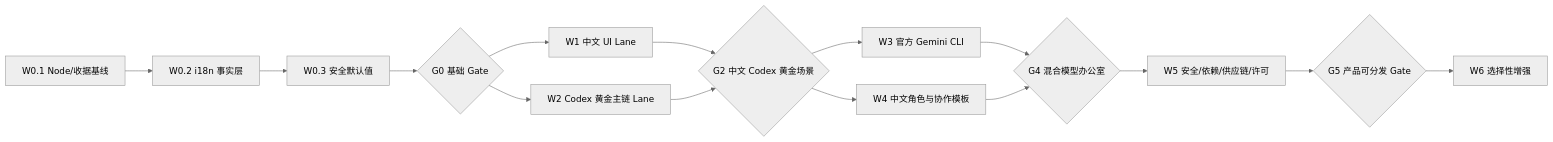
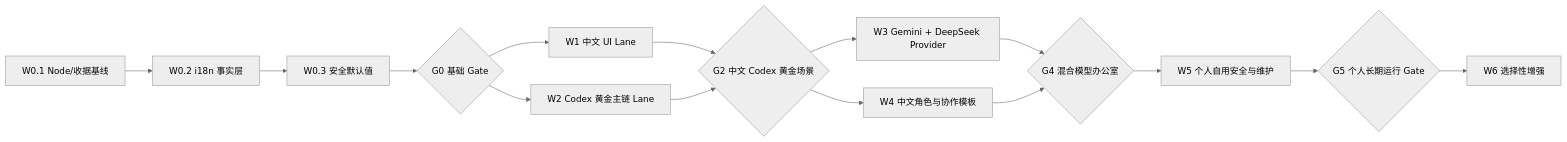
The diagram in docs/diy/02-Munder-Difflin-DIY实施规划与Gate总览.md (kldancer/munder-difflin), drawn with Mermaid (neutral theme) before and after one commit. The commit also changed other lines of this file and 2 other files, not shown here.

First line of the commit message:
docs(diy): plan DeepSeek and personal-use gates

````diff
--- a/docs/diy/02-Munder-Difflin-DIY实施规划与Gate总览.md
+++ b/docs/diy/02-Munder-Difflin-DIY实施规划与Gate总览.md
@@ -120,20 +120,20 @@
 ```mermaid
 flowchart LR
   W01[W0.1 Node/收据基线] --> W02[W0.2 i18n 事实层]
   W02 --> W03[W0.3 安全默认值]
   W03 --> G0{G0 基础 Gate}
 
   G0 --> L10[W1 中文 UI Lane]
   G0 --> L20[W2 Codex 黄金主链 Lane]
   L10 --> G2{G2 中文 Codex 黄金场景}
   L20 --> G2
 
-  G2 --> L30[W3 官方 Gemini CLI]
+  G2 --> L30[W3 Gemini + DeepSeek Provider]
   G2 --> L40[W4 中文角色与协作模板]
   L30 --> G4{G4 混合模型办公室}
   L40 --> G4
 
-  G4 --> L50[W5 安全/依赖/供应链/许可]
-  L50 --> G5{G5 产品可分发 Gate}
+  G4 --> L50[W5 个人自用安全与维护]
+  L50 --> G5{G5 个人长期运行 Gate}
   G5 --> L60[W6 选择性增强]
 ```
````
